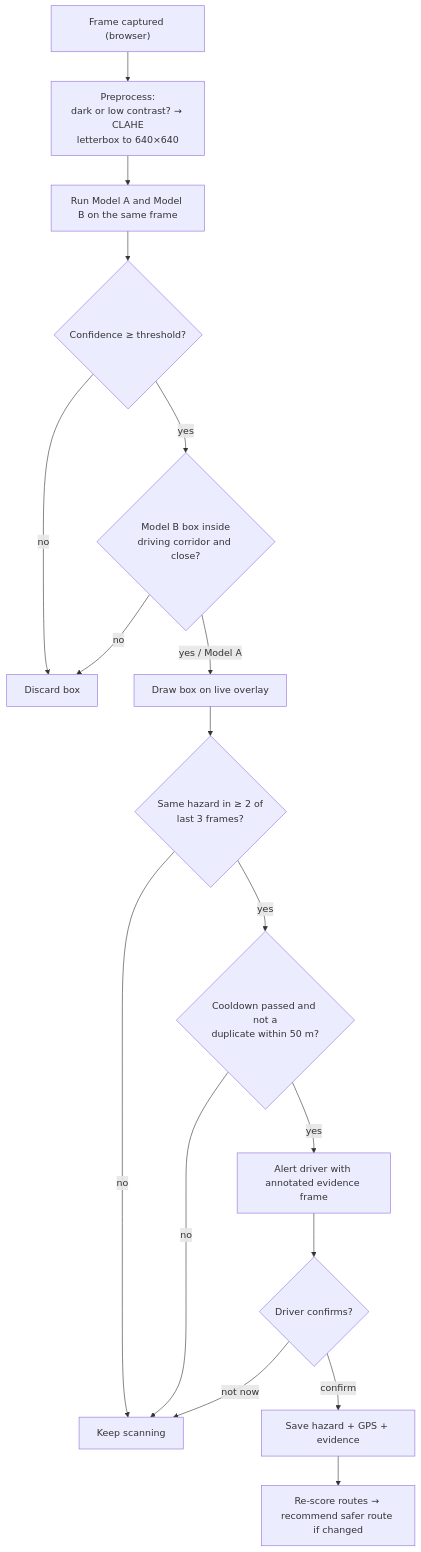
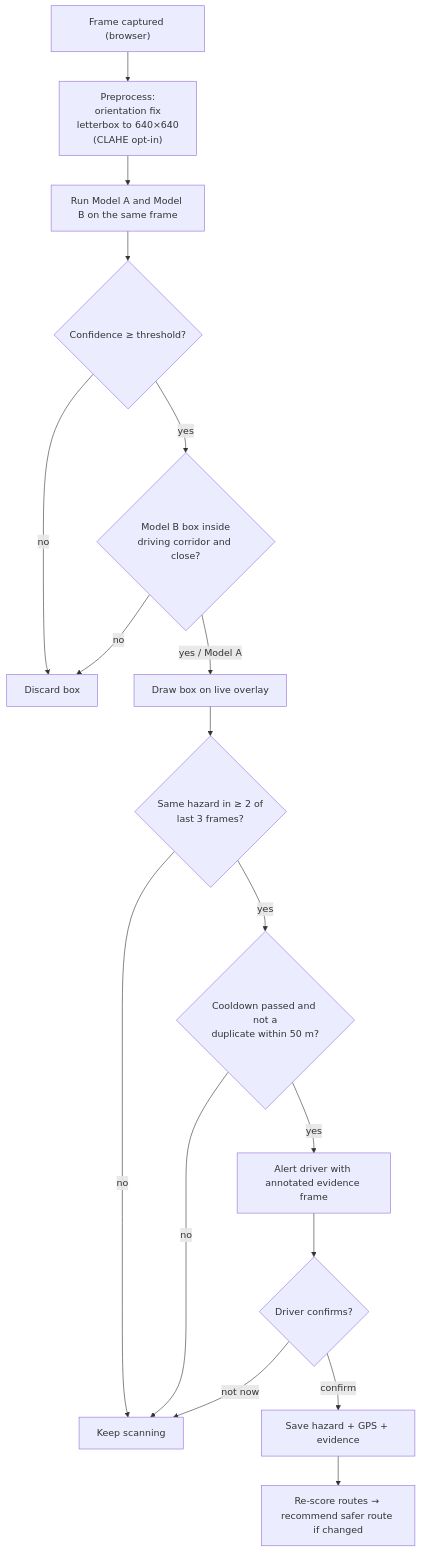
Before and after one commit to Nezraaaa/AniRoute: the second of 2 diagrams in docs/SYSTEM_OVERVIEW.md, drawn with Mermaid. The commit also changed other lines of this file and 86 other files, not shown here.

````diff
--- a/docs/SYSTEM_OVERVIEW.md
+++ b/docs/SYSTEM_OVERVIEW.md
@@ -34,18 +34,18 @@
 ```mermaid
 flowchart TD
-    F["Frame captured (browser)"] --> P["Preprocess:<br/>dark or low contrast? → CLAHE<br/>letterbox to 640×640"]
+    F["Frame captured (browser)"] --> P["Preprocess:<br/>orientation fix<br/>letterbox to 640×640<br/>(CLAHE opt-in)"]
     P --> D["Run Model A and Model B on the same frame"]
     D --> T{"Confidence ≥ threshold?"}
     T -- no --> X["Discard box"]
     T -- yes --> R{"Model B box inside<br/>driving corridor and close?"}
     R -- no --> X
     R -- yes / Model A --> O["Draw box on live overlay"]
     O --> V{"Same hazard in ≥ 2 of<br/>last 3 frames?"}
     V -- no --> N["Keep scanning"]
     V -- yes --> C{"Cooldown passed and not a<br/>duplicate within 50 m?"}
     C -- no --> N
     C -- yes --> AL["Alert driver with annotated evidence frame"]
     AL --> Q{"Driver confirms?"}
     Q -- "not now" --> N
     Q -- confirm --> S["Save hazard + GPS + evidence"] --> RR["Re-score routes → recommend safer route if changed"]
 ```
````
